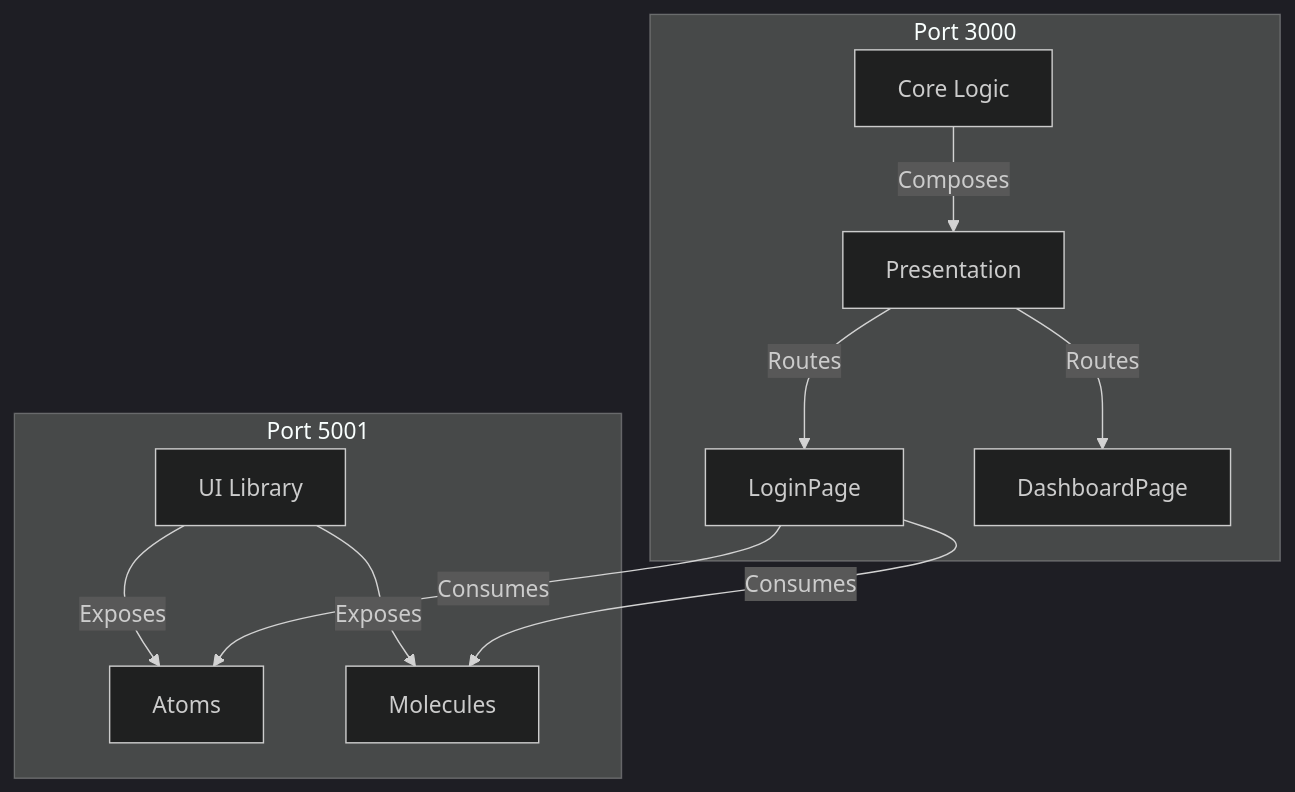
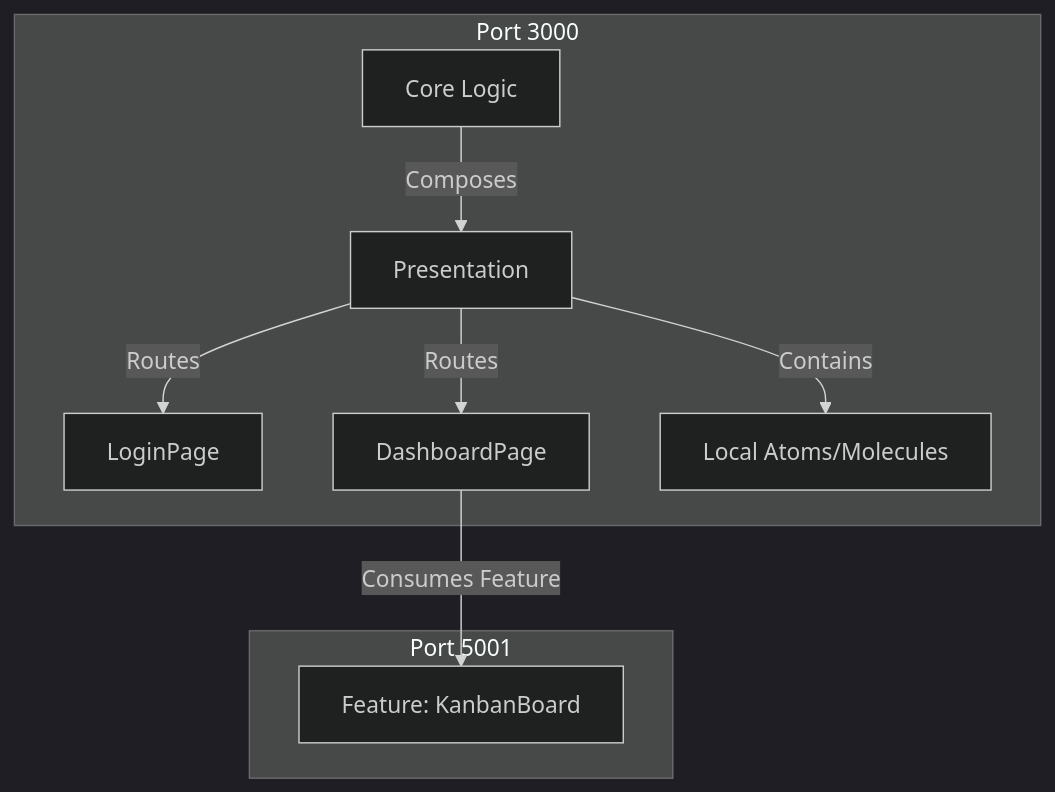
One commit to difadev28/boiler-mono-micro changed the first of 2 diagrams in README.md. Above: the diagram before and after it, drawn with Mermaid (dark theme). The commit also changed other lines of this file and 27 other files, not shown here.

````diff
--- a/README.md
+++ b/README.md
@@ -25,16 +28,15 @@
 ```mermaid
 graph TD
     subgraph Host Application [Port 3000]
         H[Core Logic] -->|Composes| P[Presentation]
         P -->|Routes| L[LoginPage]
         P -->|Routes| D[DashboardPage]
+        P -->|Contains| LocalUI[Local Atoms/Molecules]
     end
 
     subgraph Remote Application [Port 5001]
-        R[UI Library] -->|Exposes| A[Atoms]
-        R -->|Exposes| M[Molecules]
+        F[Feature: KanbanBoard]
     end
 
-    L -->|Consumes| M
-    L -->|Consumes| A
+    D -->|Consumes Feature| F
 ```
````
